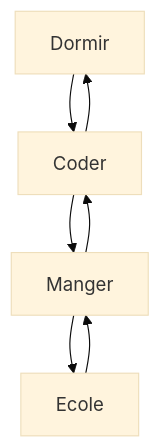
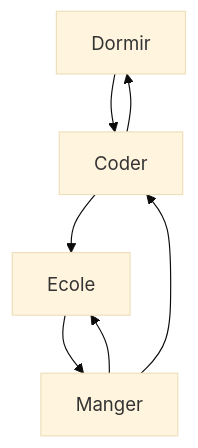
Before and after one commit to userzfr/userzfr: the diagram in README.md, drawn with Mermaid (base theme).

````diff
--- a/README.md
+++ b/README.md
@@ -14,9 +14,9 @@
 ```mermaid 
     graph TD;
     Dormir-->Coder;
-    Coder-->Manger;
+    Coder-->Ecole;
+    Ecole-->Manger;
     Manger-->Ecole;
-    Ecole-->Manger;
     Manger-->Coder;
     Coder-->Dormir;
 ```
````
